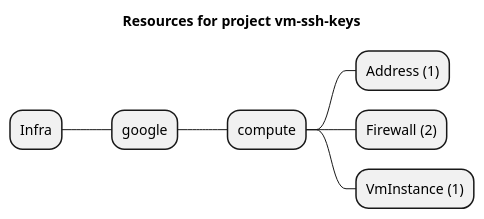
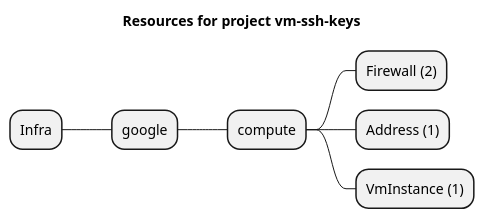
Before and after one commit to grucloud/grucloud: the diagram in examples/google/vm-ssh-keys/artifacts/resources-mindmap.puml, drawn with PlantUML. The commit also changed other lines of this file and 162 other files, not shown here.

```diff
--- a/examples/google/vm-ssh-keys/artifacts/resources-mindmap.puml
+++ b/examples/google/vm-ssh-keys/artifacts/resources-mindmap.puml
@@ -1,10 +1,10 @@
 @startmindmap
 title Resources for project vm-ssh-keys
 skinparam monochrome true
 + Infra
 ++ google
 +++ compute
+++++ Firewall (2)
 ++++ Address (1)
-++++ Firewall (2)
 ++++ VmInstance (1)
 @endmindmap
```
